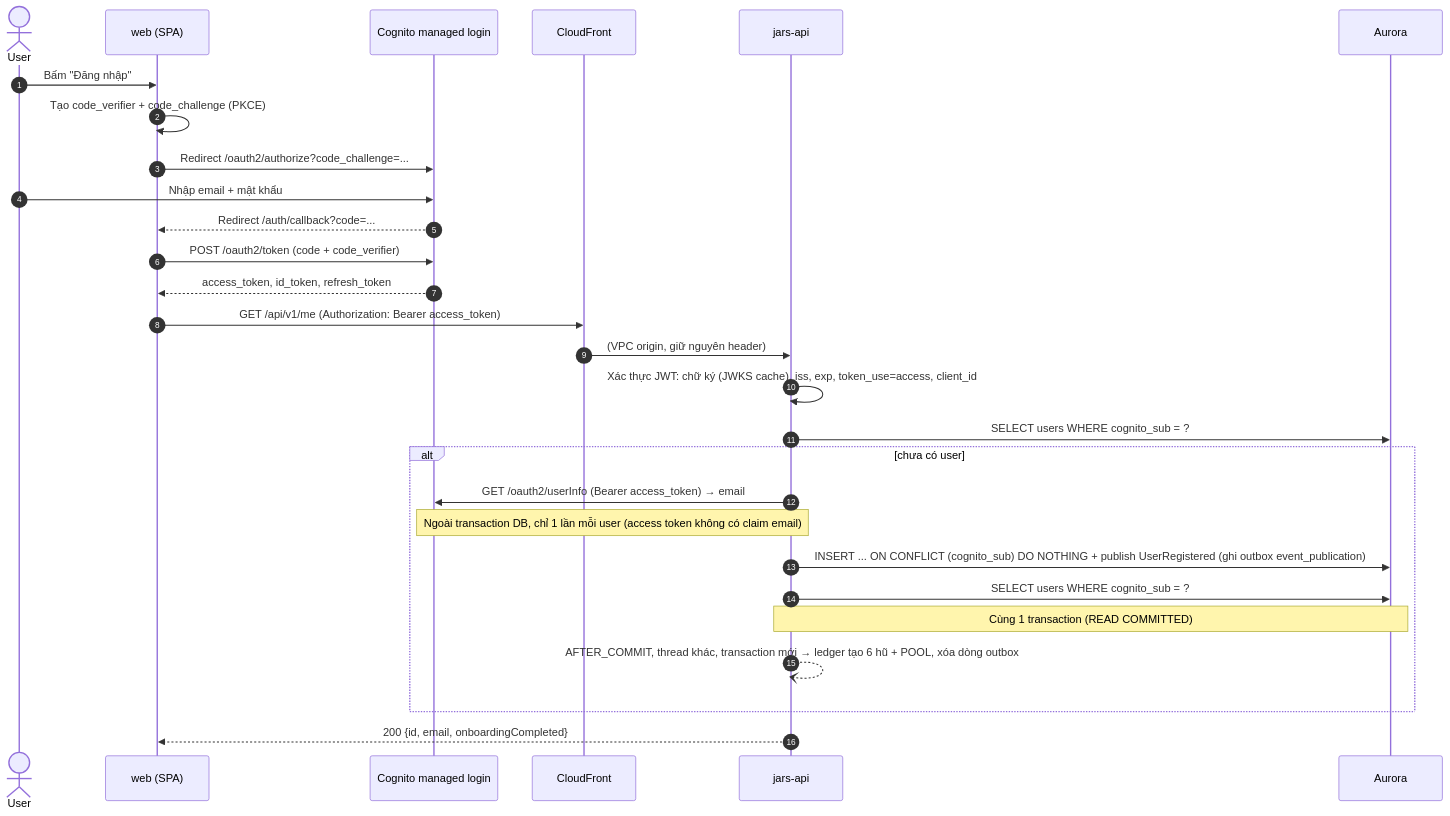
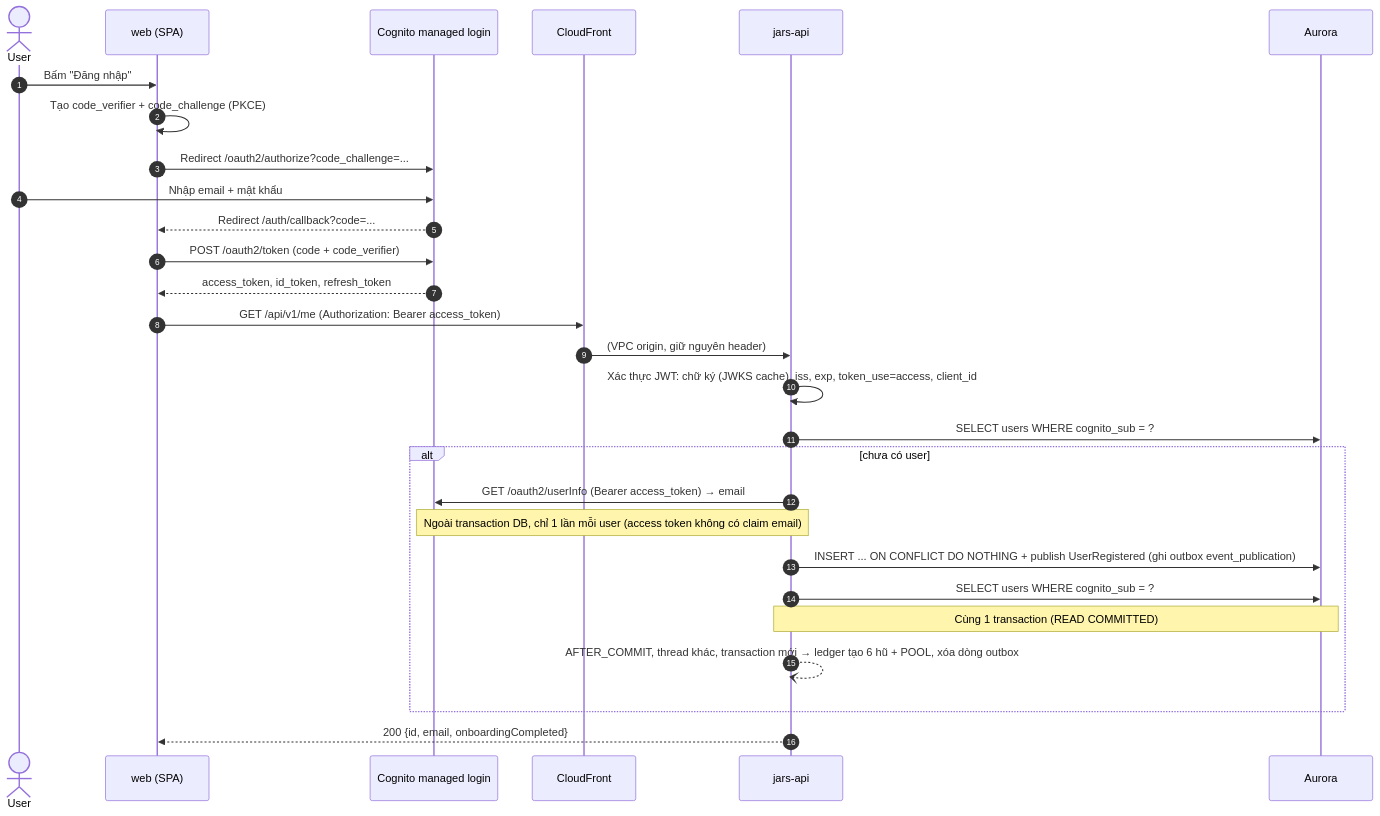
Before and after one commit to thphuc06/jar-platform: the first of 9 diagrams in docs/02-architecture/flows.md, drawn with Mermaid. The commit also changed other lines of this file and 5 other files, not shown here.

````diff
--- a/docs/02-architecture/flows.md
+++ b/docs/02-architecture/flows.md
@@ -21,31 +21,31 @@
 ```mermaid
 sequenceDiagram
     autonumber
     actor U as User
     participant W as web (SPA)
     participant C as Cognito managed login
     participant CF as CloudFront
     participant API as jars-api
     participant DB as Aurora
 
     U->>W: Bấm "Đăng nhập"
     W->>W: Tạo code_verifier + code_challenge (PKCE)
     W->>C: Redirect /oauth2/authorize?code_challenge=...
     U->>C: Nhập email + mật khẩu
     C-->>W: Redirect /auth/callback?code=...
     W->>C: POST /oauth2/token (code + code_verifier)
     C-->>W: access_token, id_token, refresh_token
     W->>CF: GET /api/v1/me (Authorization: Bearer access_token)
     CF->>API: (VPC origin, giữ nguyên header)
     API->>API: Xác thực JWT: chữ ký (JWKS cache), iss, exp, token_use=access, client_id
     API->>DB: SELECT users WHERE cognito_sub = ?
     alt chưa có user
         API->>C: GET /oauth2/userInfo (Bearer access_token) → email
         Note over API,C: Ngoài transaction DB, chỉ 1 lần mỗi user (access token không có claim email)
-        API->>DB: INSERT ... ON CONFLICT (cognito_sub) DO NOTHING + publish UserRegistered (ghi outbox event_publication)
+        API->>DB: INSERT ... ON CONFLICT DO NOTHING + publish UserRegistered (ghi outbox event_publication)
         API->>DB: SELECT users WHERE cognito_sub = ?
         Note over API,DB: Cùng 1 transaction (READ COMMITTED)
         API--)API: AFTER_COMMIT, thread khác, transaction mới → ledger tạo 6 hũ + POOL, xóa dòng outbox
     end
     API-->>W: 200 {id, email, onboardingCompleted}
 ```
````
